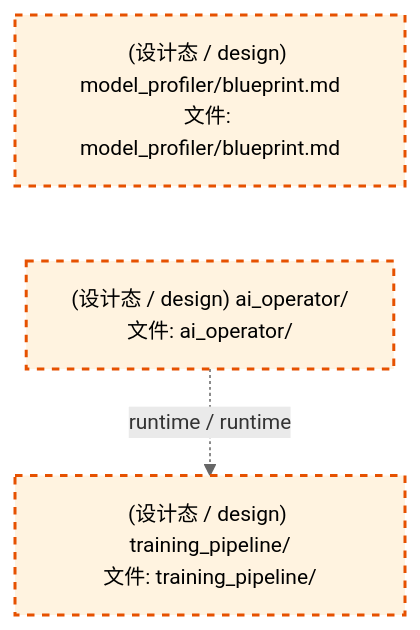
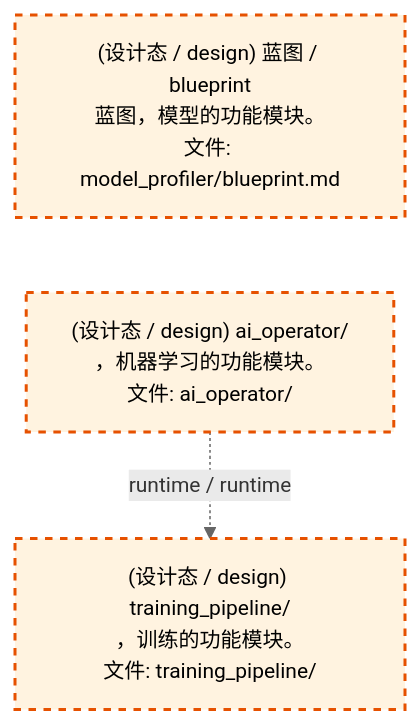
One commit to xuanFelixVan/ZephyrAlpha changed the third of 4 diagrams in docs/02_enterprise_architecture/02_domain_architecture_docs/61_d_ml_train.md. Above: the diagram before and after it, drawn with Mermaid. The commit also changed other lines of this file and 60 other files, not shown here.

````diff
--- a/docs/02_enterprise_architecture/02_domain_architecture_docs/61_d_ml_train.md
+++ b/docs/02_enterprise_architecture/02_domain_architecture_docs/61_d_ml_train.md
@@ -119,14 +119,14 @@
 ```mermaid
 %%{init: {'theme': 'base', 'themeVariables': {'primaryColor': '#eaeaea', 'primaryTextColor': '#333333', 'primaryBorderColor': '#666666', 'lineColor': '#666666', 'secondaryColor': '#eaeaea', 'tertiaryColor': '#eaeaea', 'fontSize': '14px'}}}%%
 flowchart TD
-    docs_03_modules_cross_layer_model_profiler_blueprint_md["(设计态 / design) model_profiler/blueprint.md<br/>文件: model_profiler/blueprint.md"]
-    src_zephyr_ml_train_ai_operator["(设计态 / design) ai_operator/<br/>文件: ai_operator/"]
+    docs_03_modules_cross_layer_model_profiler_blueprint_md["(设计态 / design) 蓝图 / blueprint<br/>蓝图，模型的功能模块。<br/>文件: model_profiler/blueprint.md"]
+    src_zephyr_ml_train_ai_operator["(设计态 / design) ai_operator/<br/>，机器学习的功能模块。<br/>文件: ai_operator/"]
     docs_03_modules_cross_layer_model_profiler_blueprint_md ~~~ src_zephyr_ml_train_ai_operator
-    src_zephyr_ml_train_training_pipeline["(设计态 / design) training_pipeline/<br/>文件: training_pipeline/"]
+    src_zephyr_ml_train_training_pipeline["(设计态 / design) training_pipeline/<br/>，训练的功能模块。<br/>文件: training_pipeline/"]
     src_zephyr_ml_train_ai_operator -.->|runtime / runtime| src_zephyr_ml_train_training_pipeline
     classDef production fill:#e1f5fe,stroke:#01579b,stroke-width:2px,color:#000
     classDef design fill:#fff3e0,stroke:#e65100,stroke-width:2px,color:#000,stroke-dasharray: 5 5
     classDef external_prod fill:#e8f4fd,stroke:#0277bd,stroke-width:1px,color:#000
     classDef external_design fill:#fff8e7,stroke:#ef6c00,stroke-width:1px,color:#000,stroke-dasharray: 5 5
     class docs_03_modules_cross_layer_model_profiler_blueprint_md,src_zephyr_ml_train_ai_operator,src_zephyr_ml_train_training_pipeline design
 ```
````
